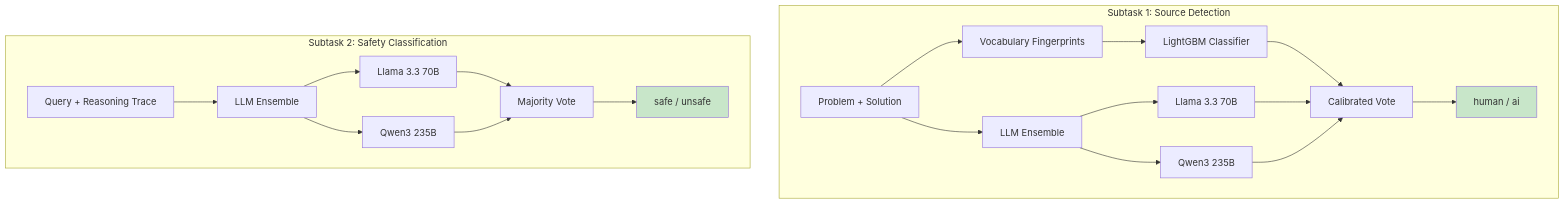
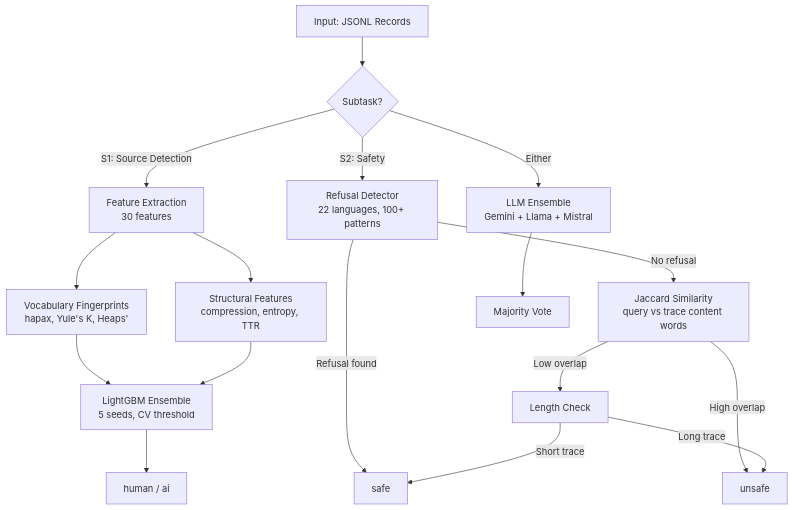
Before and after one commit to dcondrey/trajectory-detection-clef2026: the diagram in README.md, drawn with Mermaid. The commit also changed other lines of this file and 4 other files, not shown here.

````diff
--- a/README.md
+++ b/README.md
@@ -46,26 +36,22 @@
 ```mermaid
 graph TD
-    subgraph "Subtask 1: Source Detection"
-        A1[Problem + Solution] --> B1[Vocabulary Fingerprints]
-        B1 --> C1[LightGBM Classifier]
-        A1 --> D1[LLM Ensemble]
-        D1 --> E1[Llama 3.3 70B]
-        D1 --> F1[Qwen3 235B]
-        C1 --> G1[Calibrated Vote]
-        E1 --> G1
-        F1 --> G1
-        G1 --> H1[human / ai]
-    end
-
-    subgraph "Subtask 2: Safety Classification"
-        A2[Query + Reasoning Trace] --> D2[LLM Ensemble]
-        D2 --> E2[Llama 3.3 70B]
-        D2 --> F2[Qwen3 235B]
-        E2 --> G2[Majority Vote]
-        F2 --> G2
-        G2 --> H2[safe / unsafe]
-    end
-
-    style H1 fill:#c8e6c9
-    style H2 fill:#c8e6c9
+    A[Input: JSONL Records] --> B{Subtask?}
+    
+    B -->|S1: Source Detection| C[Feature Extraction<br/>30 features]
+    C --> D[Vocabulary Fingerprints<br/>hapax, Yule's K, Heaps']
+    C --> E[Structural Features<br/>compression, entropy, TTR]
+    D --> F[LightGBM Ensemble<br/>5 seeds, CV threshold]
+    E --> F
+    F --> G[human / ai]
+    
+    B -->|S2: Safety| H[Refusal Detector<br/>22 languages, 100+ patterns]
+    H -->|Refusal found| I[safe]
+    H -->|No refusal| J[Jaccard Similarity<br/>query vs trace content words]
+    J -->|High overlap| K[unsafe]
+    J -->|Low overlap| L[Length Check]
+    L -->|Long trace| K
+    L -->|Short trace| I
+    
+    B -->|Either| M[LLM Ensemble<br/>Gemini + Llama + Mistral]
+    M --> N[Majority Vote]
 ```
````
